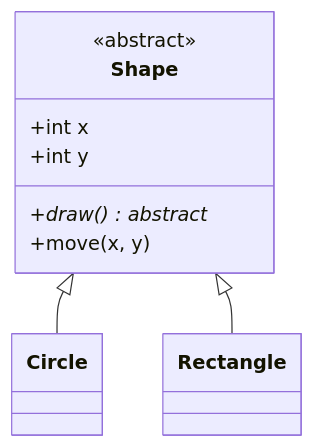
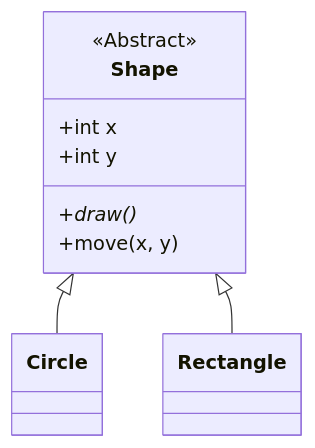
Before and after one commit to D1ZZY4/agent-skills: diagram 12 of 21 in mermaid-diagrams-expert/references/class-diagrams.md, drawn with Mermaid. The commit also changed other lines of this file and 9 other files, not shown here.

First line of the commit message:
docs(mermaid-diagrams-expert): modernize references against v12 docs

````diff
--- a/mermaid-diagrams-expert/references/class-diagrams.md
+++ b/mermaid-diagrams-expert/references/class-diagrams.md
@@ -157,13 +168,13 @@
 ```mermaid
 classDiagram
     class Shape {
-        <<abstract>>
+        <<Abstract>>
         +int x
         +int y
-        +draw()* abstract
+        +draw()*
         +move(x, y)
     }
     
     Shape <|-- Circle
     Shape <|-- Rectangle
 ```
````
